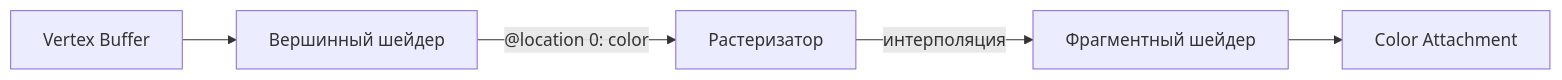
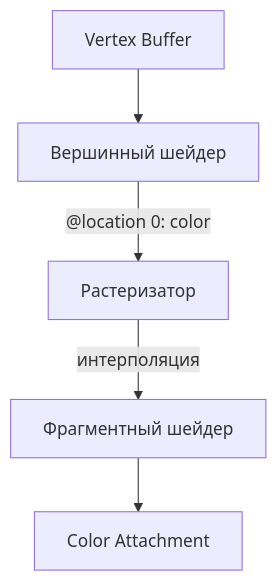
One commit to Bromles/wgpu-tutorial changed the first of 2 diagrams in docs/guide/gpu-data-model/shaders/index.md. Above: the diagram before and after it, drawn with Mermaid. The commit also changed other lines of this file and 29 other files, not shown here.

````diff
--- a/docs/guide/gpu-data-model/shaders/index.md
+++ b/docs/guide/gpu-data-model/shaders/index.md
@@ -131,7 +131,7 @@
 ```mermaid
-flowchart LR
+flowchart TB
     VB[Vertex Buffer] --> VS[Вершинный шейдер]
-    VS -->|"@location 0: color"| R[Растеризатор]
-    R -->|"интерполяция"| FS[Фрагментный шейдер]
+    VS -->|" @location 0: color "| R[Растеризатор]
+    R -->|" интерполяция "| FS[Фрагментный шейдер]
     FS --> CA[Color Attachment]
 ```
````
